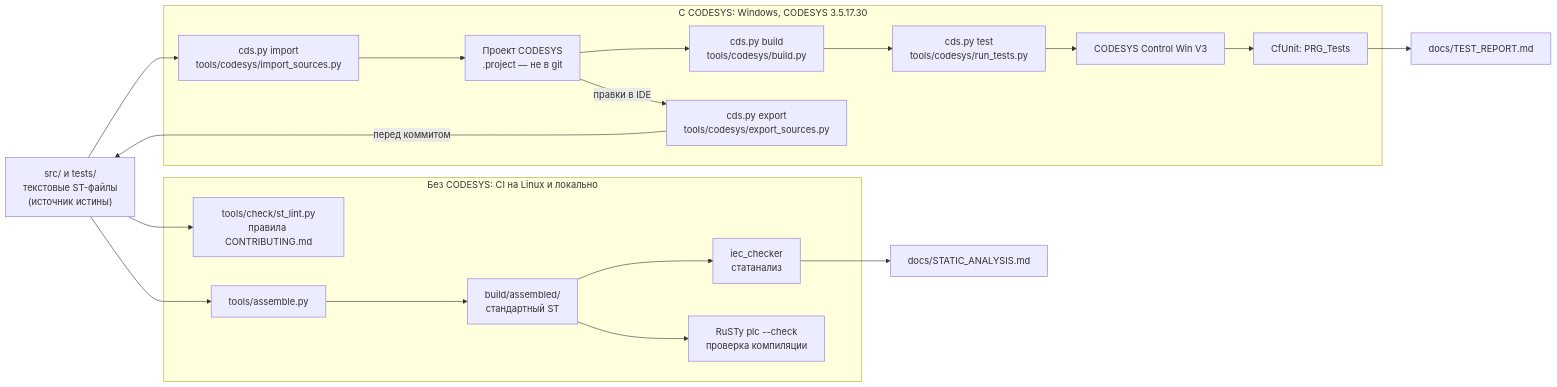
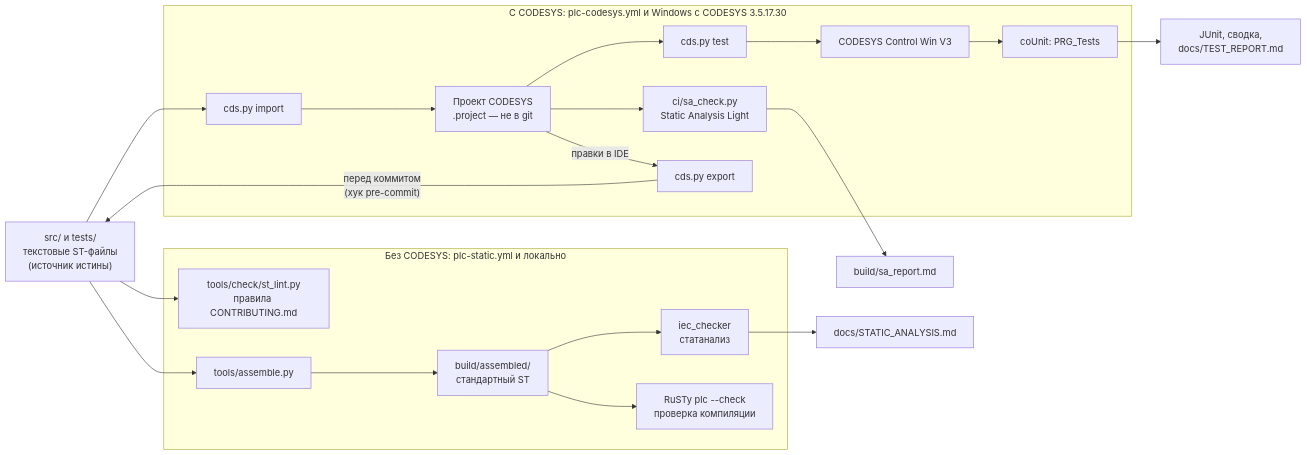
Before and after one commit to kr0nsch/plc-ci-toolkit: the second of 2 diagrams in docs/ARCHITECTURE.md, drawn with Mermaid. The commit also changed other lines of this file and 5 other files, not shown here.

````diff
--- a/docs/ARCHITECTURE.md
+++ b/docs/ARCHITECTURE.md
@@ -9,32 +140,34 @@
 ```mermaid
 flowchart LR
     src["src/ и tests/<br/>текстовые ST-файлы<br/>(источник истины)"]
 
-    subgraph ci["Без CODESYS: CI на Linux и локально"]
+    subgraph ci["Без CODESYS: plc-static.yml и локально"]
         lint["tools/check/st_lint.py<br/>правила CONTRIBUTING.md"]
         asm["tools/assemble.py"]
         built["build/assembled/<br/>стандартный ST"]
         iec["iec_checker<br/>статанализ"]
         rusty["RuSTy plc --check<br/>проверка компиляции"]
     end
 
-    subgraph cds["С CODESYS: Windows, CODESYS 3.5.17.30"]
-        imp["cds.py import<br/>tools/codesys/import_sources.py"]
+    subgraph cds["С CODESYS: plc-codesys.yml и Windows с CODESYS 3.5.17.30"]
+        imp["cds.py import"]
         proj["Проект CODESYS<br/>.project — не в git"]
-        bld["cds.py build<br/>tools/codesys/build.py"]
-        run["cds.py test<br/>tools/codesys/run_tests.py"]
+        sa["ci/sa_check.py<br/>Static Analysis Light"]
+        run["cds.py test"]
         ctrl["CODESYS Control Win V3"]
-        cf["CfUnit: PRG_Tests"]
-        exp["cds.py export<br/>tools/codesys/export_sources.py"]
+        cf["coUnit: PRG_Tests"]
+        exp["cds.py export"]
     end
 
-    rep["docs/TEST_REPORT.md"]
-    sa["docs/STATIC_ANALYSIS.md"]
+    rep["JUnit, сводка,<br/>docs/TEST_REPORT.md"]
+    sar["build/sa_report.md"]
+    stat["docs/STATIC_ANALYSIS.md"]
 
     src --> lint
     src --> asm --> built
-    built --> iec --> sa
+    built --> iec --> stat
     built --> rusty
-    src --> imp --> proj --> bld --> run --> ctrl --> cf --> rep
-    proj -- "правки в IDE" --> exp -- "перед коммитом" --> src
+    src --> imp --> proj --> run --> ctrl --> cf --> rep
+    proj --> sa --> sar
+    proj -- "правки в IDE" --> exp -- "перед коммитом<br/>(хук pre-commit)" --> src
 ```
````
